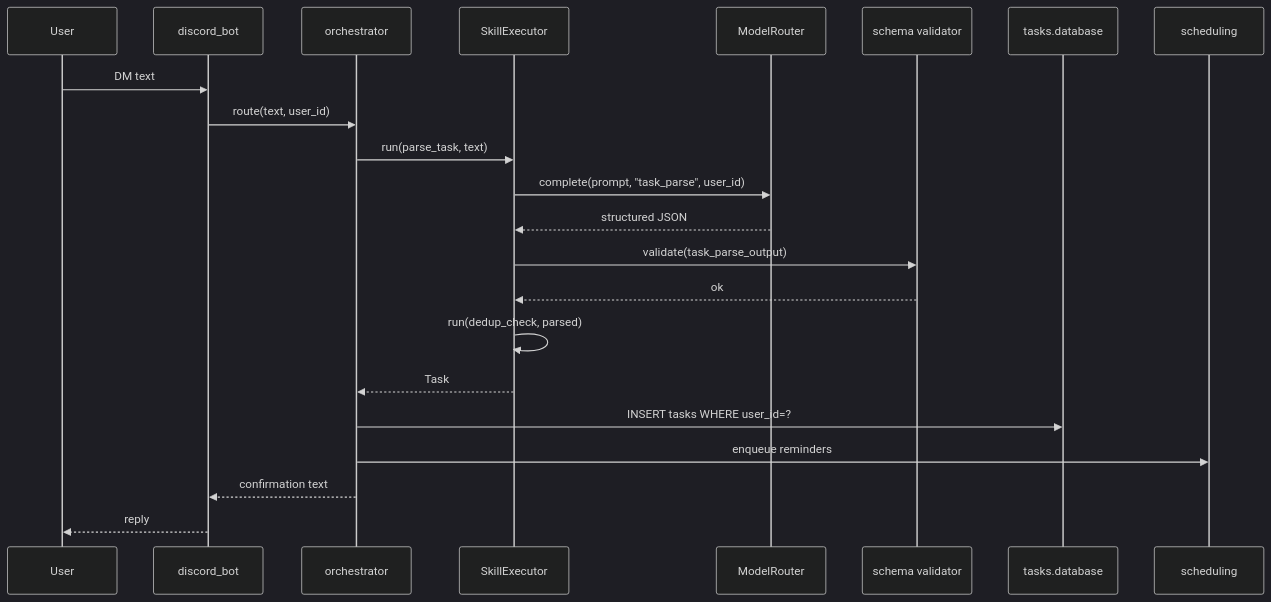
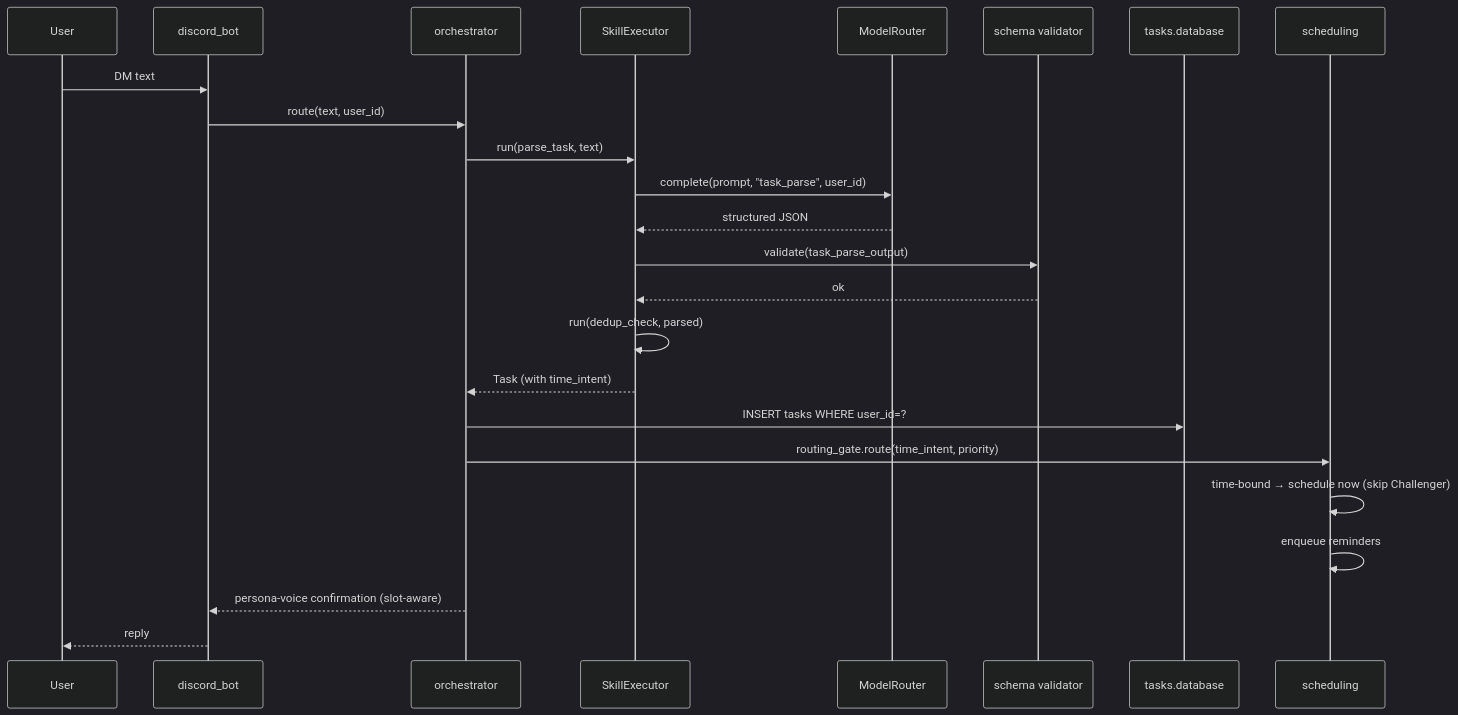
Before and after one commit to nfeuer/donna: the diagram in docs/workflows/capture-a-task.md, drawn with Mermaid (dark theme). The commit also changed other lines of this file and 6 other files, not shown here.

First line of the commit message:
docs: sync narrative docs with time-intent + routing changes

````diff
--- a/docs/workflows/capture-a-task.md
+++ b/docs/workflows/capture-a-task.md
@@ -54,25 +69,27 @@
 ```mermaid
 sequenceDiagram
     participant U as User
     participant D as discord_bot
     participant O as orchestrator
     participant S as SkillExecutor
     participant R as ModelRouter
     participant V as schema validator
     participant DB as tasks.database
     participant SC as scheduling
 
     U->>D: DM text
     D->>O: route(text, user_id)
     O->>S: run(parse_task, text)
     S->>R: complete(prompt, "task_parse", user_id)
     R-->>S: structured JSON
     S->>V: validate(task_parse_output)
     V-->>S: ok
     S->>S: run(dedup_check, parsed)
-    S-->>O: Task
+    S-->>O: Task (with time_intent)
     O->>DB: INSERT tasks WHERE user_id=?
-    O->>SC: enqueue reminders
-    O-->>D: confirmation text
+    O->>SC: routing_gate.route(time_intent, priority)
+    SC->>SC: time-bound → schedule now (skip Challenger)
+    SC->>SC: enqueue reminders
+    O-->>D: persona-voice confirmation (slot-aware)
     D-->>U: reply
 ```
````
